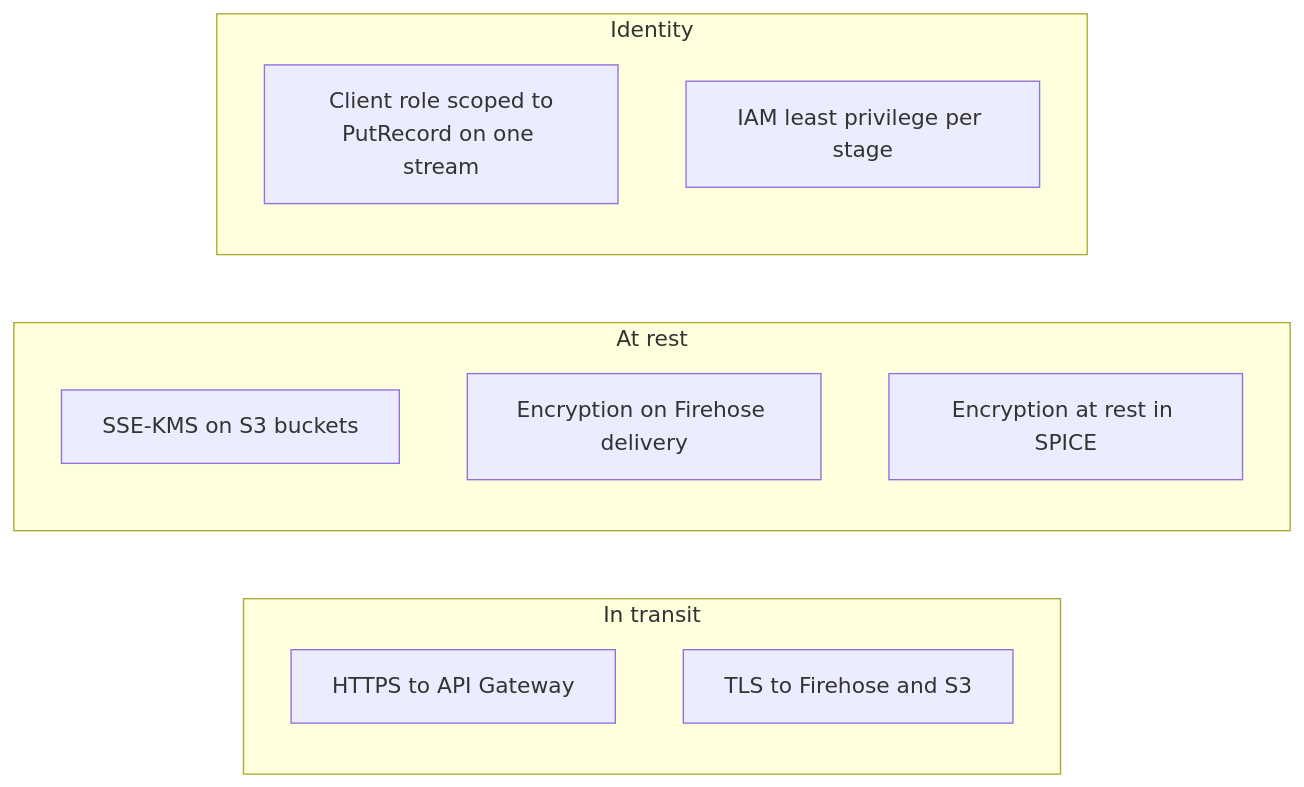
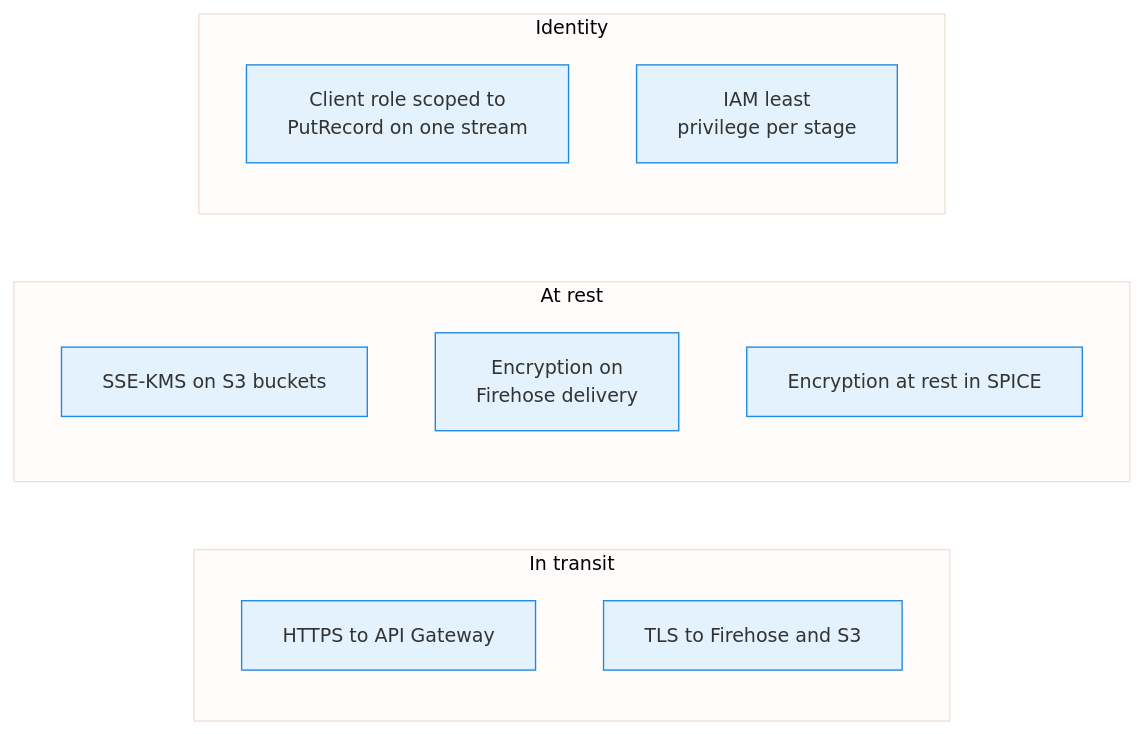
One commit to senthilkumarm1901/learn_by_blogging changed diagram 11 of 16 in aws_cloud_technical_essentials_book/11-serverless-data-analytics.qmd. Above: the diagram before and after it, drawn with Mermaid. The commit also changed other lines of this file and 3 other files, not shown here.

Commit message:
updated diagrams, business cases used

````diff
--- a/aws_cloud_technical_essentials_book/11-serverless-data-analytics.qmd
+++ b/aws_cloud_technical_essentials_book/11-serverless-data-analytics.qmd
@@ -298,16 +325,17 @@
 ```{mermaid}
+%%{init: {'theme': 'base', 'themeVariables': {'primaryColor': '#E3F2FD', 'primaryBorderColor': '#1E88E5', 'lineColor': '#424242', 'fontSize': '14px'}}}%%
 flowchart LR
     subgraph Transit["In transit"]
         T1["HTTPS to API Gateway"]
         T2["TLS to Firehose and S3"]
     end
     subgraph Rest["At rest"]
         R1["SSE-KMS on S3 buckets"]
-        R2["Encryption on Firehose delivery"]
+        R2["Encryption on<br>Firehose delivery"]
         R3["Encryption at rest in SPICE"]
     end
     subgraph Identity["Identity"]
         I1["Client role scoped to<br>PutRecord on one stream"]
-        I2["IAM least privilege per stage"]
+        I2["IAM least<br>privilege per stage"]
     end
 ```
````
